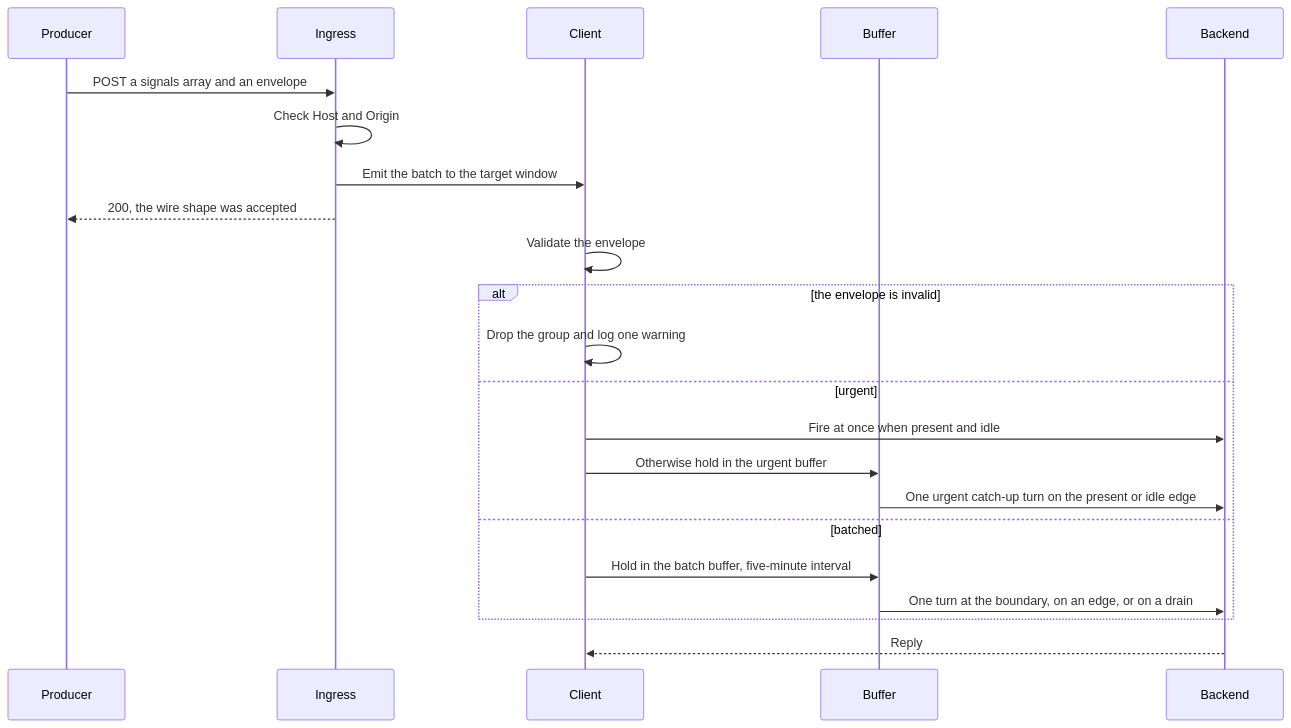
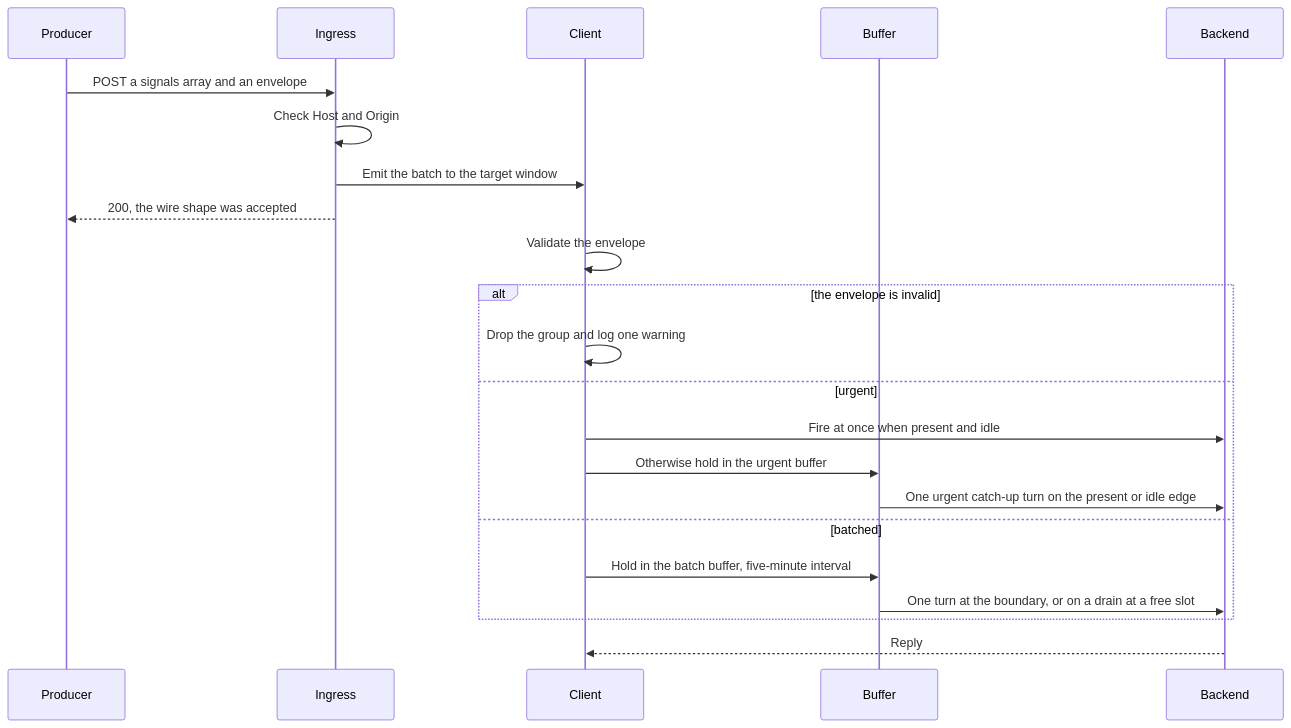
Before and after one commit to yw0nam/YUI: the second of 2 diagrams in docs/reference/signals-ingress.md, drawn with Mermaid. The commit also changed other lines of this file and 131 other files, not shown here.

````diff
--- a/docs/reference/signals-ingress.md
+++ b/docs/reference/signals-ingress.md
@@ -27,24 +27,24 @@
 ```mermaid
 sequenceDiagram
   participant P as Producer
   participant I as Ingress
   participant C as Client
   participant B as Buffer
   participant K as Backend
   P->>I: POST a signals array and an envelope
   I->>I: Check Host and Origin
   I->>C: Emit the batch to the target window
   I-->>P: 200, the wire shape was accepted
   C->>C: Validate the envelope
   alt the envelope is invalid
     C->>C: Drop the group and log one warning
   else urgent
     C->>K: Fire at once when present and idle
     C->>B: Otherwise hold in the urgent buffer
     B->>K: One urgent catch-up turn on the present or idle edge
   else batched
     C->>B: Hold in the batch buffer, five-minute interval
-    B->>K: One turn at the boundary, on an edge, or on a drain
+    B->>K: One turn at the boundary, or on a drain at a free slot
   end
   K-->>C: Reply
 ```
````
